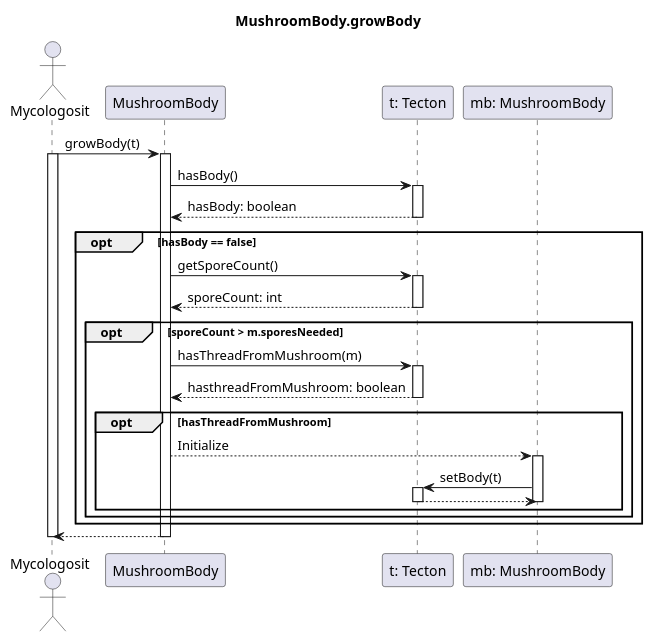
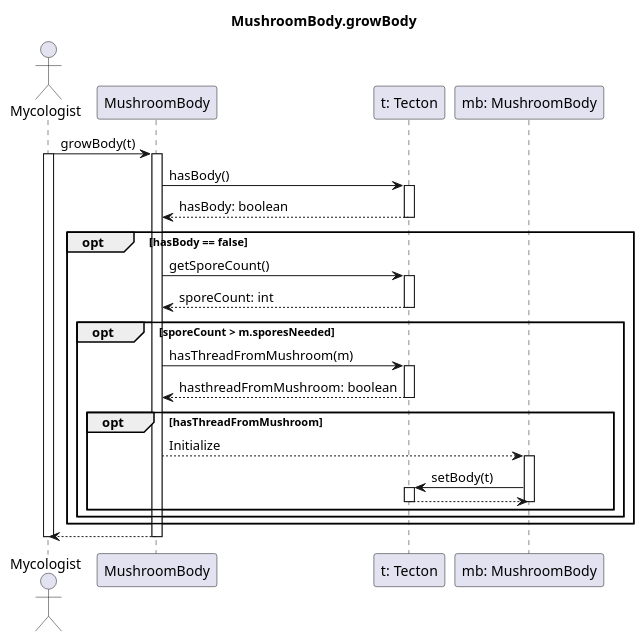
One commit to dzsem/projlab changed the diagram in diagrams/sequence/mushroom/mushroom_body/growBody.wsd. Above: the diagram before and after it, drawn with PlantUML. The commit also changed 1 other file, not shown here.

```diff
--- a/diagrams/sequence/mushroom/mushroom_body/growBody.wsd
+++ b/diagrams/sequence/mushroom/mushroom_body/growBody.wsd
@@ -1,46 +1,46 @@
 @startuml Grow Body
 title MushroomBody.growBody
 
-actor "Mycologosit" as mycologist
+actor "Mycologist" as mycologist
 participant "MushroomBody" as m
 participant "t: Tecton" as t
 participant "mb: MushroomBody" as mb
 
 mycologist -> m: growBody(t)
 activate mycologist
 activate m
 
 m -> t: hasBody()
 activate t
 t --> m: hasBody: boolean
 deactivate t
 
     opt hasBody == false
         m -> t: getSporeCount()
         activate t
         t --> m: sporeCount: int
         deactivate t
         
         opt sporeCount > m.sporesNeeded
             m -> t: hasThreadFromMushroom(m)
             activate t
             t --> m: hasthreadFromMushroom: boolean
             deactivate t
 
             opt hasThreadFromMushroom
                 m --> mb: Initialize
                 activate mb
                 mb -> t: setBody(t)
                 activate t
                 t --> mb
                 deactivate t
                 deactivate mb
             end
         end
     end
 mycologist <-- m
 
 deactivate m
 deactivate mycologist
 
 @enduml
```
